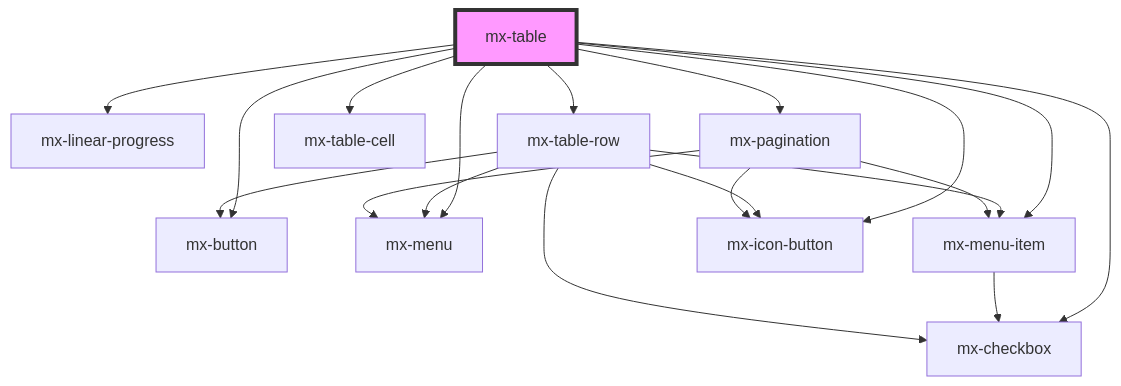
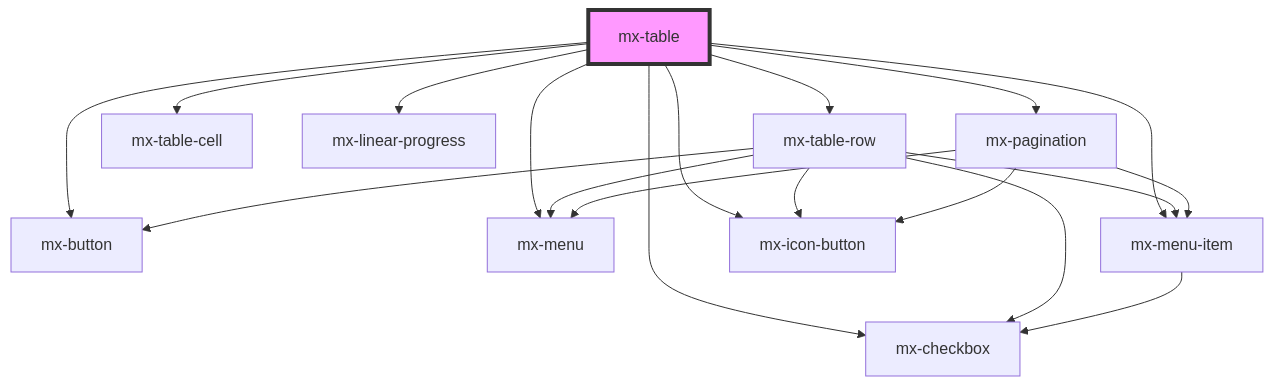
One commit to kevinleedrum/mds changed the diagram in src/components/mx-table/readme.md. Above: the diagram before and after it, drawn with Mermaid. The commit also changed other lines of this file and 244 other files, not shown here.

````diff
--- a/src/components/mx-table/readme.md
+++ b/src/components/mx-table/readme.md
@@ -106,22 +109,22 @@
 ```mermaid
 graph TD;
+  mx-table --> mx-table-row
+  mx-table --> mx-table-cell
   mx-table --> mx-checkbox
   mx-table --> mx-button
   mx-table --> mx-menu
   mx-table --> mx-menu-item
   mx-table --> mx-icon-button
   mx-table --> mx-linear-progress
-  mx-table --> mx-table-row
-  mx-table --> mx-table-cell
   mx-table --> mx-pagination
-  mx-menu-item --> mx-checkbox
   mx-table-row --> mx-checkbox
   mx-table-row --> mx-button
   mx-table-row --> mx-icon-button
   mx-table-row --> mx-menu
   mx-table-row --> mx-menu-item
+  mx-menu-item --> mx-checkbox
   mx-pagination --> mx-icon-button
   mx-pagination --> mx-menu
   mx-pagination --> mx-menu-item
   style mx-table fill:#f9f,stroke:#333,stroke-width:4px
 ```
````
